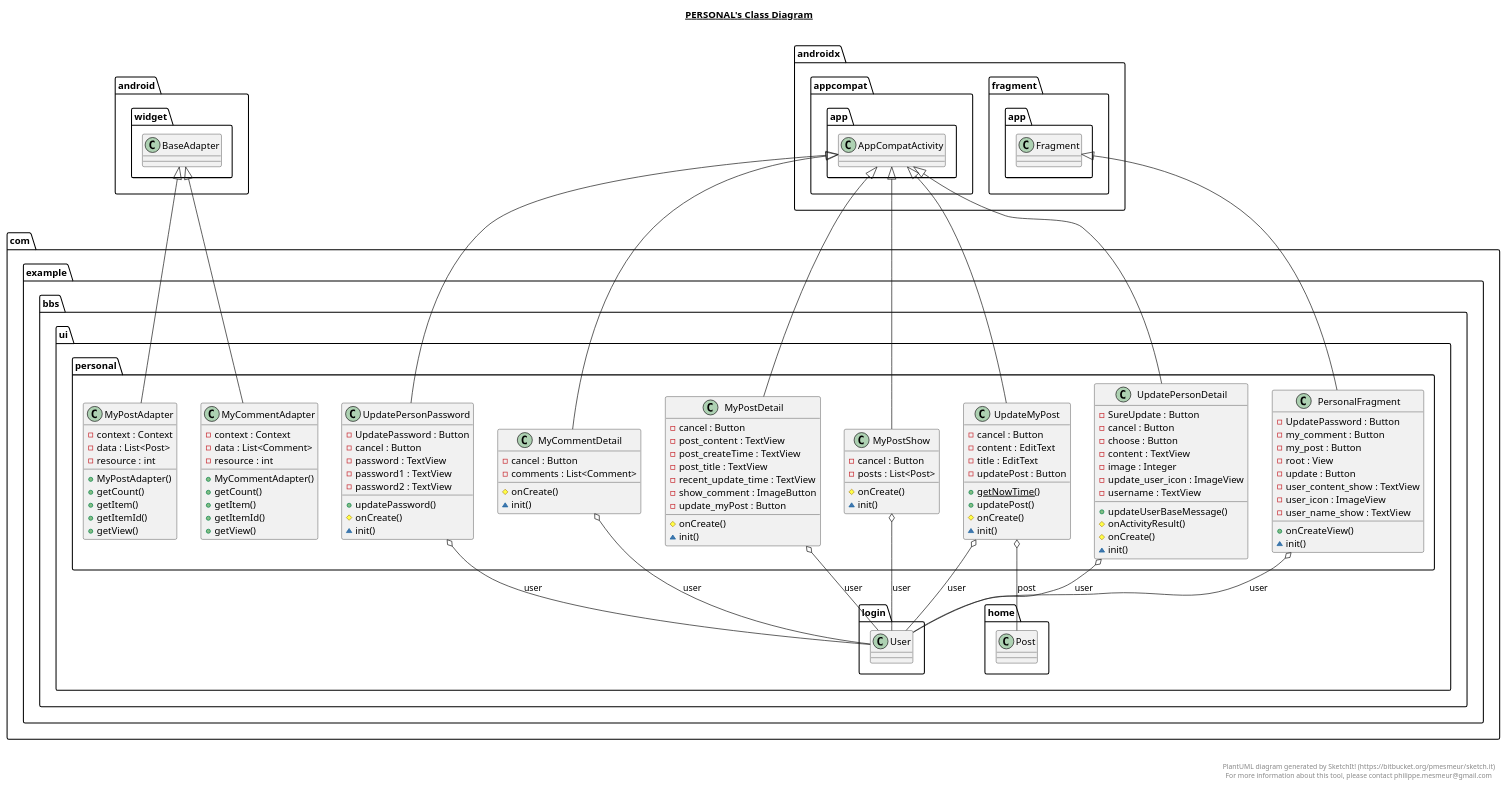
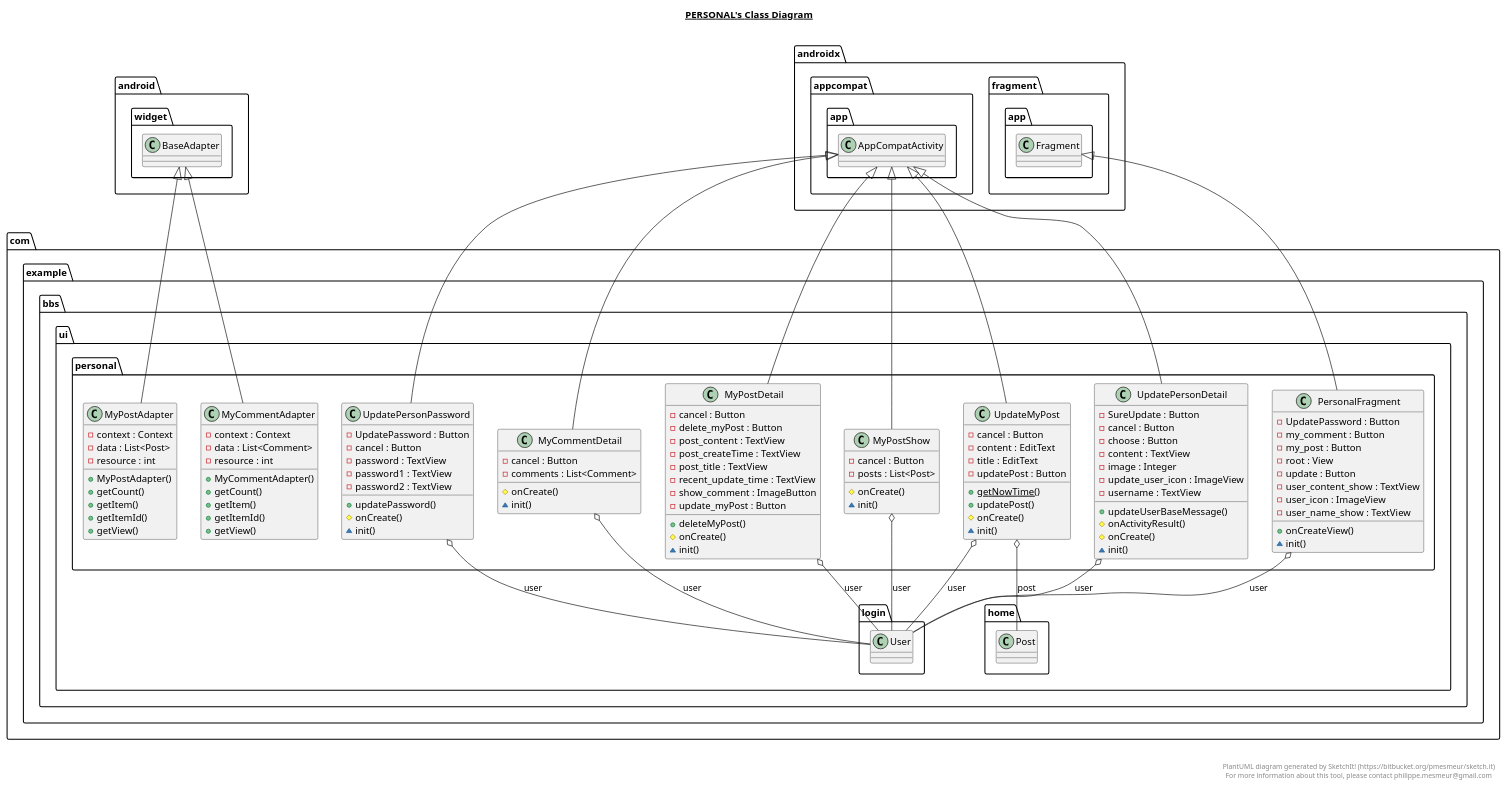
Before and after one commit to TantanXR/AndroidHomeWork-BBS: the diagram in app/src/main/java/com/example/bbs/ui/personal/personal.plantuml, drawn with PlantUML. The commit also changed 7 other files, not shown here.

```diff
--- a/app/src/main/java/com/example/bbs/ui/personal/personal.plantuml
+++ b/app/src/main/java/com/example/bbs/ui/personal/personal.plantuml
@@ -1,173 +1,175 @@
 @startuml
 
 title __PERSONAL's Class Diagram__\n
 
   namespace com.example.bbs {
     namespace ui.personal {
       class com.example.bbs.ui.personal.MyCommentAdapter {
           - context : Context
           - data : List<Comment>
           - resource : int
           + MyCommentAdapter()
           + getCount()
           + getItem()
           + getItemId()
           + getView()
       }
     }
   }
   
 
   namespace com.example.bbs {
     namespace ui.personal {
       class com.example.bbs.ui.personal.MyCommentDetail {
           - cancel : Button
           - comments : List<Comment>
           # onCreate()
           ~ init()
       }
     }
   }
   
 
   namespace com.example.bbs {
     namespace ui.personal {
       class com.example.bbs.ui.personal.MyPostAdapter {
           - context : Context
           - data : List<Post>
           - resource : int
           + MyPostAdapter()
           + getCount()
           + getItem()
           + getItemId()
           + getView()
       }
     }
   }
   
 
   namespace com.example.bbs {
     namespace ui.personal {
       class com.example.bbs.ui.personal.MyPostDetail {
           - cancel : Button
+          - delete_myPost : Button
           - post_content : TextView
           - post_createTime : TextView
           - post_title : TextView
           - recent_update_time : TextView
           - show_comment : ImageButton
           - update_myPost : Button
+          + deleteMyPost()
           # onCreate()
           ~ init()
       }
     }
   }
   
 
   namespace com.example.bbs {
     namespace ui.personal {
       class com.example.bbs.ui.personal.MyPostShow {
           - cancel : Button
           - posts : List<Post>
           # onCreate()
           ~ init()
       }
     }
   }
   
 
   namespace com.example.bbs {
     namespace ui.personal {
       class com.example.bbs.ui.personal.PersonalFragment {
           - UpdatePassword : Button
           - my_comment : Button
           - my_post : Button
           - root : View
           - update : Button
           - user_content_show : TextView
           - user_icon : ImageView
           - user_name_show : TextView
           + onCreateView()
           ~ init()
       }
     }
   }
   
 
   namespace com.example.bbs {
     namespace ui.personal {
       class com.example.bbs.ui.personal.UpdateMyPost {
           - cancel : Button
           - content : EditText
           - title : EditText
           - updatePost : Button
           {static} + getNowTime()
           + updatePost()
           # onCreate()
           ~ init()
       }
     }
   }
   
 
   namespace com.example.bbs {
     namespace ui.personal {
       class com.example.bbs.ui.personal.UpdatePersonDetail {
           - SureUpdate : Button
           - cancel : Button
           - choose : Button
           - content : TextView
           - image : Integer
           - update_user_icon : ImageView
           - username : TextView
           + updateUserBaseMessage()
           # onActivityResult()
           # onCreate()
           ~ init()
       }
     }
   }
   
 
   namespace com.example.bbs {
     namespace ui.personal {
       class com.example.bbs.ui.personal.UpdatePersonPassword {
           - UpdatePassword : Button
           - cancel : Button
           - password : TextView
           - password1 : TextView
           - password2 : TextView
           + updatePassword()
           # onCreate()
           ~ init()
       }
     }
   }
   
 
   com.example.bbs.ui.personal.MyCommentAdapter -up-|> android.widget.BaseAdapter
   com.example.bbs.ui.personal.MyCommentDetail -up-|> androidx.appcompat.app.AppCompatActivity
   com.example.bbs.ui.personal.MyCommentDetail o-- com.example.bbs.ui.login.User : user
   com.example.bbs.ui.personal.MyPostAdapter -up-|> android.widget.BaseAdapter
   com.example.bbs.ui.personal.MyPostDetail -up-|> androidx.appcompat.app.AppCompatActivity
   com.example.bbs.ui.personal.MyPostDetail o-- com.example.bbs.ui.login.User : user
   com.example.bbs.ui.personal.MyPostShow -up-|> androidx.appcompat.app.AppCompatActivity
   com.example.bbs.ui.personal.MyPostShow o-- com.example.bbs.ui.login.User : user
   com.example.bbs.ui.personal.PersonalFragment -up-|> androidx.fragment.app.Fragment
   com.example.bbs.ui.personal.PersonalFragment o-- com.example.bbs.ui.login.User : user
   com.example.bbs.ui.personal.UpdateMyPost -up-|> androidx.appcompat.app.AppCompatActivity
   com.example.bbs.ui.personal.UpdateMyPost o-- com.example.bbs.ui.home.Post : post
   com.example.bbs.ui.personal.UpdateMyPost o-- com.example.bbs.ui.login.User : user
   com.example.bbs.ui.personal.UpdatePersonDetail -up-|> androidx.appcompat.app.AppCompatActivity
   com.example.bbs.ui.personal.UpdatePersonDetail o-- com.example.bbs.ui.login.User : user
   com.example.bbs.ui.personal.UpdatePersonPassword -up-|> androidx.appcompat.app.AppCompatActivity
   com.example.bbs.ui.personal.UpdatePersonPassword o-- com.example.bbs.ui.login.User : user
 
 
 right footer
 
 
 PlantUML diagram generated by SketchIt! (https://bitbucket.org/pmesmeur/sketch.it)
 For more information about this tool, please contact philippe.mesmeur@gmail.com
 endfooter
 
 @enduml
```
